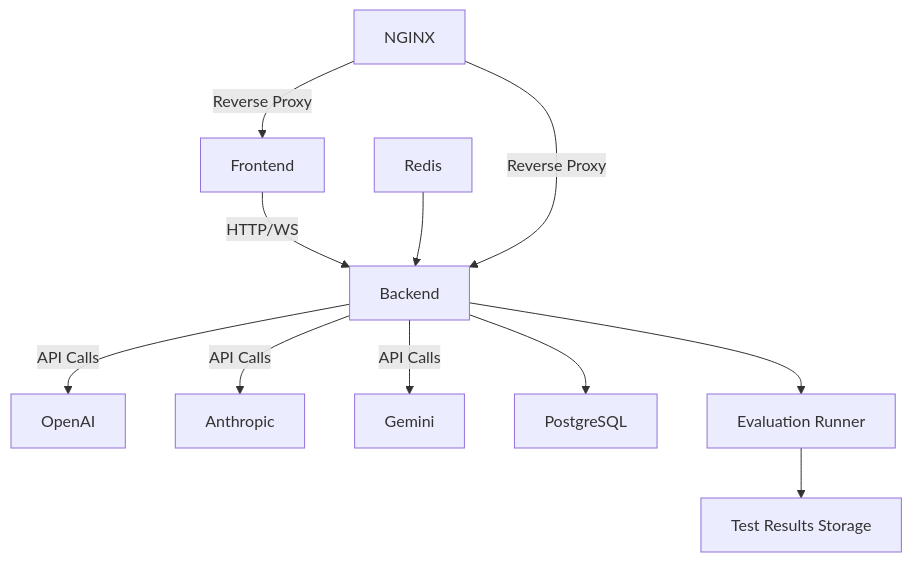
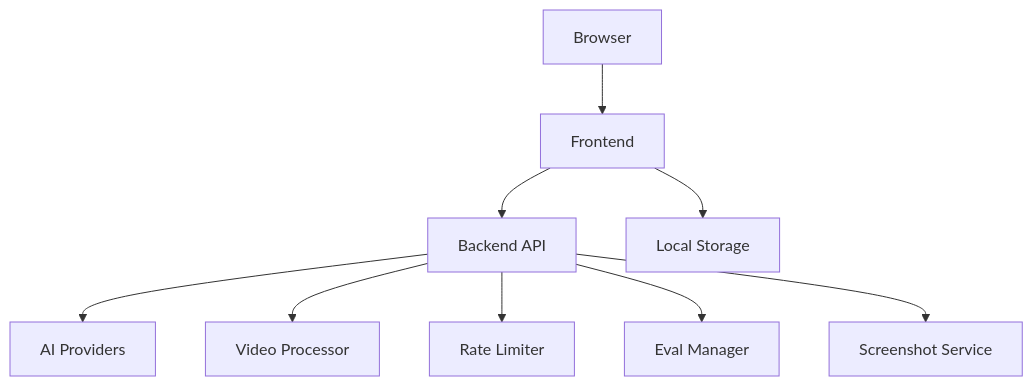
One commit to xvnpw/ai-security-analyzer changed the second of 3 diagrams in examples/dir-sec-design-screenshot-to-code-deepseekdeepseek-r1.md. Above: the diagram before and after it, drawn with Mermaid. The commit also changed other lines of this file and 218 other files, not shown here.

````diff
--- a/examples/dir-sec-design-screenshot-to-code-deepseekdeepseek-r1.md
+++ b/examples/dir-sec-design-screenshot-to-code-deepseekdeepseek-r1.md
@@ -78,13 +86,11 @@
 ```mermaid
 graph TD
-    A[Frontend] -->|HTTP/WS| B[Backend]
-    B -->|API Calls| C[OpenAI]
-    B -->|API Calls| D[Anthropic]
-    B -->|API Calls| E[Gemini]
-    B --> F[PostgreSQL]
-    G[Redis] --> B
-    H[NGINX] -->|Reverse Proxy| A
-    H -->|Reverse Proxy| B
-    B --> I[Evaluation Runner]
-    I --> J[Test Results Storage]
+    A[Frontend] --> B[Backend API]
+    B --> C[AI Providers]
+    B --> D[Video Processor]
+    B --> E[Rate Limiter]
+    B --> F[Eval Manager]
+    G[Browser] --> A
+    A --> H[Local Storage]
+    B --> I[Screenshot Service]
 ```
````
